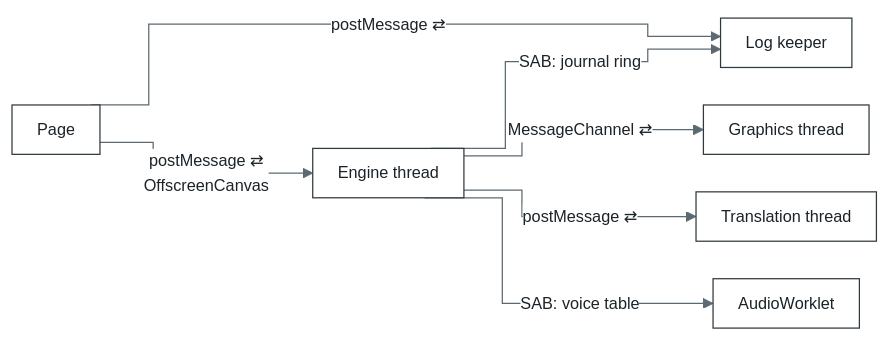
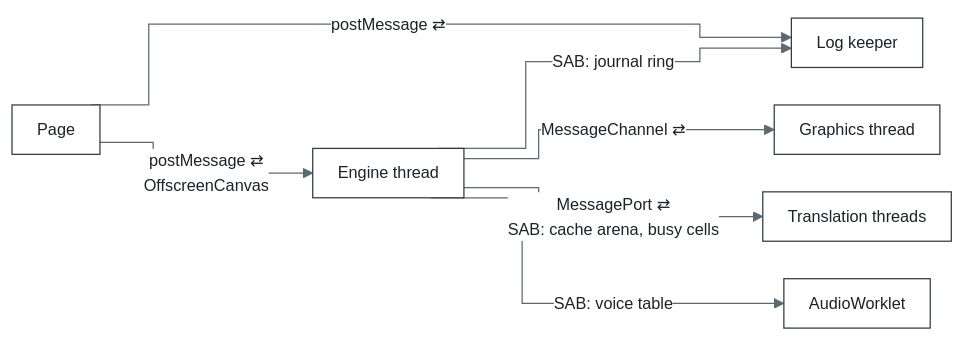
The second of 12 diagrams in docs/architecture.md (bottlify/bottlify), drawn with Mermaid before and after one commit. The commit also changed other lines of this file and 13 other files, not shown here.

````diff
--- a/docs/architecture.md
+++ b/docs/architecture.md
@@ -161,10 +162,10 @@
 ```mermaid
 %%{init: {"theme": "base", "flowchart": {"curve": "step", "nodeSpacing": 30, "rankSpacing": 70, "padding": 10}, "themeVariables": {"fontFamily": "Inter, Segoe UI, Helvetica, Arial, sans-serif", "fontSize": "13px", "primaryColor": "#FFFFFF", "primaryBorderColor": "#2F3A40", "primaryTextColor": "#1B2328", "lineColor": "#5C6970", "clusterBkg": "#F3F5F6", "clusterBorder": "#9AA6AC", "edgeLabelBackground": "#FFFFFF"}}}%%
 flowchart LR
   P["Page"] -->|"postMessage ⇄<br/>OffscreenCanvas"| E["Engine thread"]
   P -->|"postMessage ⇄"| K["Log keeper"]
   E -->|"SAB: journal ring"| K
   E -->|"MessageChannel ⇄"| G["Graphics thread"]
-  E -->|"postMessage ⇄"| T["Translation thread"]
+  E -->|"MessagePort ⇄<br/>SAB: cache arena, busy cells"| T["Translation threads"]
   E -->|"SAB: voice table"| A["AudioWorklet"]
 ```
````
